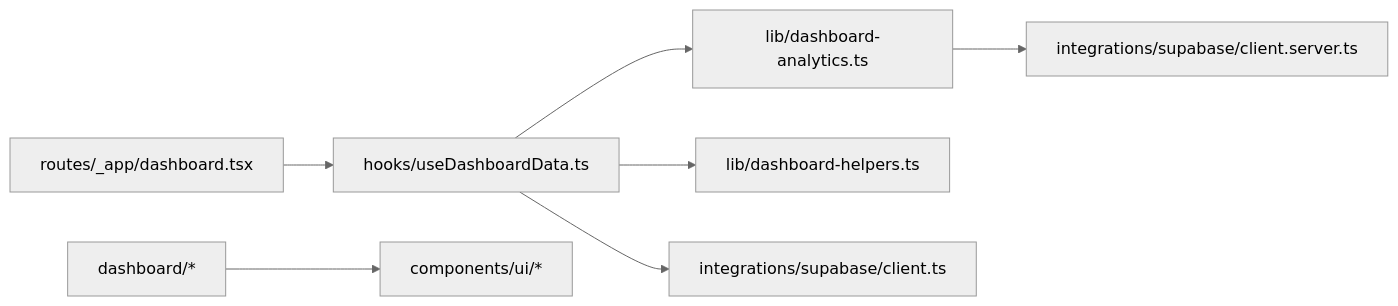
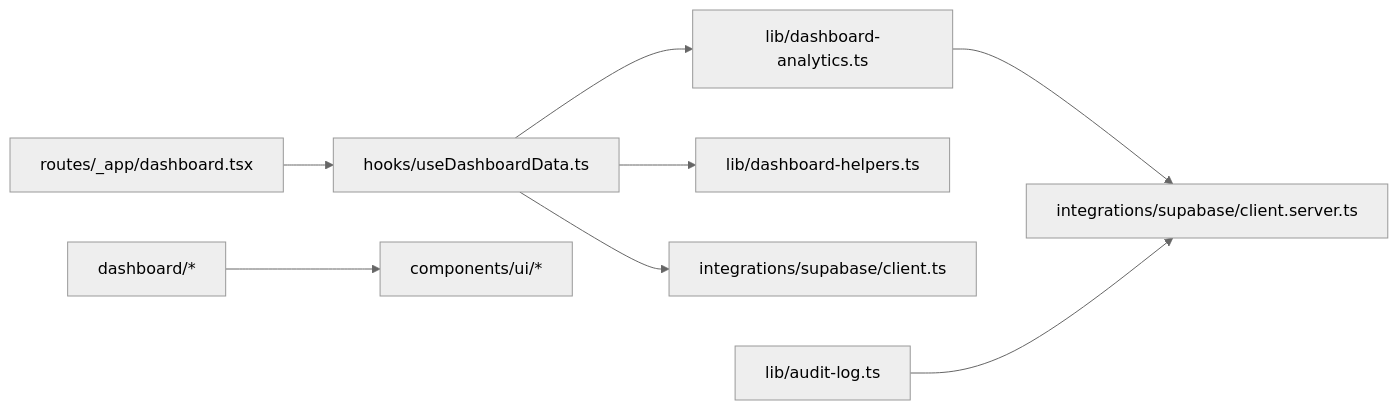
The ninth of 9 diagrams in .qoder/repowiki/en/content/Analytics and Reporting/Dashboard Widgets and Analytics Cards.md (gastaldellomarco/pcReady), drawn with Mermaid (neutral theme) before and after one commit. The commit also changed other lines of this file and 4 other files, not shown here.

````diff
--- a/.qoder/repowiki/en/content/Analytics and Reporting/Dashboard Widgets and Analytics Cards.md
+++ b/.qoder/repowiki/en/content/Analytics and Reporting/Dashboard Widgets and Analytics Cards.md
@@ -382,9 +445,10 @@
 ```mermaid
 graph LR
 Route["routes/_app/dashboard.tsx"] --> Hook["hooks/useDashboardData.ts"]
 Hook --> LibDA["lib/dashboard-analytics.ts"]
 Hook --> Helpers["lib/dashboard-helpers.ts"]
 Hook --> Supabase["integrations/supabase/client.ts"]
 LibDA --> SupabaseServer["integrations/supabase/client.server.ts"]
 Widgets["dashboard/*"] --> UI["components/ui/*"]
+AuditLog["lib/audit-log.ts"] --> SupabaseServer
 ```
````
